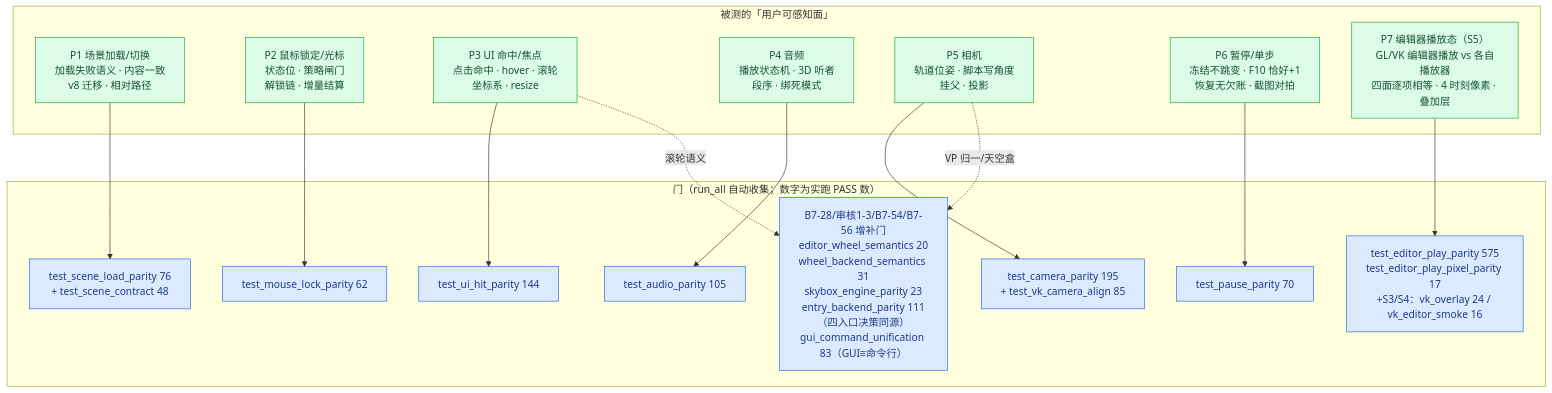
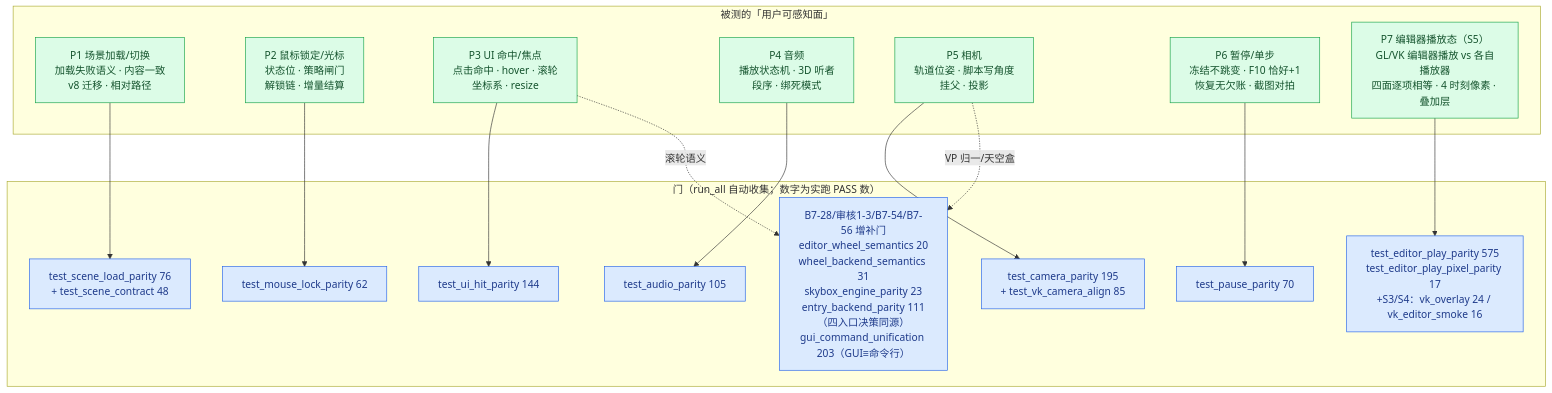
Diagram 22 of 23 in ARCHITECTURE.md (lhy302/WeaveEngine), drawn with Mermaid before and after one commit. The commit also changed other lines of this file and 2 other files, not shown here.

First line of the commit message:
B7-56 Q-B7-56-1 扫尾批 B7-56-2 (2/2): 架构图/横幅/门数按本批完成态刷新 + 台账注记 + impl 报告 P2-2 更正注记 (终审 P1-2 + P1-3)

````diff
--- a/ARCHITECTURE.md
+++ b/ARCHITECTURE.md
@@ -1199,33 +1213,33 @@
 ```mermaid
 flowchart TB
   subgraph FACES["被测的「用户可感知面」"]
     F1["P1 场景加载/切换<br/>加载失败语义 · 内容一致<br/>v8 迁移 · 相对路径"]:::ok
     F2["P2 鼠标锁定/光标<br/>状态位 · 策略闸门<br/>解锁链 · 增量结算"]:::ok
     F3["P3 UI 命中/焦点<br/>点击命中 · hover · 滚轮<br/>坐标系 · resize"]:::ok
     F4["P4 音频<br/>播放状态机 · 3D 听者<br/>段序 · 绑死模式"]:::ok
     F5["P5 相机<br/>轨道位姿 · 脚本写角度<br/>挂父 · 投影"]:::ok
     F6["P6 暂停/单步<br/>冻结不跳变 · F10 恰好+1<br/>恢复无欠账 · 截图对拍"]:::ok
     F7["P7 编辑器播放态（S5）<br/>GL/VK 编辑器播放 vs 各自播放器<br/>四面逐项相等 · 4 时刻像素 · 叠加层"]:::ok
   end
   subgraph GATES["门（run_all 自动收集；数字为实跑 PASS 数）"]
     G1["test_scene_load_parity 76<br/>+ test_scene_contract 48"]:::gate
     G2["test_mouse_lock_parity 62"]:::gate
     G3["test_ui_hit_parity 144"]:::gate
     G4["test_audio_parity 105"]:::gate
     G5["test_camera_parity 195<br/>+ test_vk_camera_align 85"]:::gate
     G6["test_pause_parity 70"]:::gate
     G7["test_editor_play_parity 575<br/>test_editor_play_pixel_parity 17<br/>+S3/S4：vk_overlay 24 / vk_editor_smoke 16"]:::gate
-    G8["B7-28/审核1-3/B7-54/B7-56 增补门<br/>editor_wheel_semantics 20<br/>wheel_backend_semantics 31<br/>skybox_engine_parity 23<br/>entry_backend_parity 111（四入口决策同源）<br/>gui_command_unification 83（GUI≡命令行）"]:::gate
+    G8["B7-28/审核1-3/B7-54/B7-56 增补门<br/>editor_wheel_semantics 20<br/>wheel_backend_semantics 31<br/>skybox_engine_parity 23<br/>entry_backend_parity 111（四入口决策同源）<br/>gui_command_unification 203（GUI≡命令行）"]:::gate
   end
   F1 --> G1
   F2 --> G2
   F3 --> G3
   F3 -.->|滚轮语义| G8
   F4 --> G4
   F5 --> G5
   F5 -.->|VP 归一/天空盒| G8
   F6 --> G6
   F7 --> G7
   classDef ok fill:#dcfce7,stroke:#16a34a,color:#14532d
   classDef gate fill:#dbeafe,stroke:#2563eb,color:#1e3a8a
 ```
````
